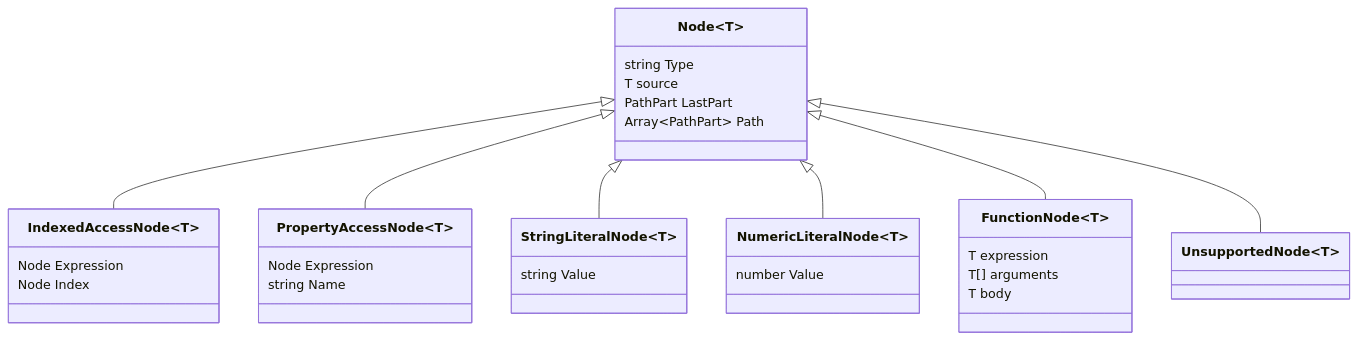
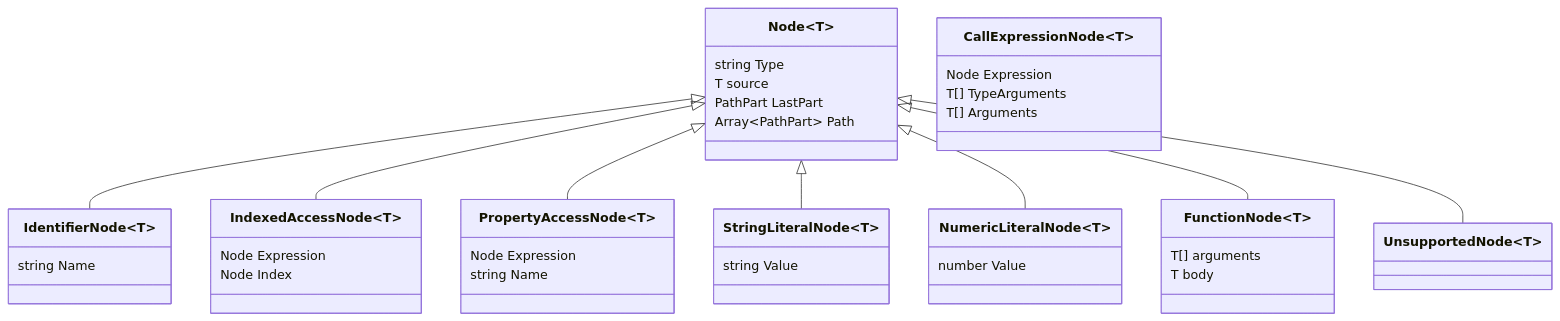
One commit to typescript-nameof/nameof changed the third of 4 diagrams in ClassDiagram.md. Above: the diagram before and after it, drawn with Mermaid.

Commit message:
Refactor the class diagram

````diff
--- a/ClassDiagram.md
+++ b/ClassDiagram.md
@@ -107,43 +107,53 @@
 ```mermaid
 classDiagram
     class Node~T~ {
         string Type
         T source
         PathPart LastPart
         Array~PathPart~ Path
+    }
+
+    class IdentifierNode~T~ {
+        string Name
+    }
+
+    class CallExpressionNode~T~ {
+        Node Expression
+        T[] TypeArguments
+        T[] Arguments
     }
 
     class PropertyAccessNode~T~ {
         Node Expression
         string Name
     }
 
     class IndexedAccessNode~T~ {
         Node Expression
         Node Index
     }
 
     class StringLiteralNode~T~ {
         string Value
     }
 
     class NumericLiteralNode~T~ {
         number Value
     }
 
     class FunctionNode~T~ {
-        T expression
         T[] arguments
         T body
     }
 
     class UnsupportedNode~T~ {
     }
 
+    Node <|-- IdentifierNode
     Node <|-- IndexedAccessNode
     Node <|-- PropertyAccessNode
     Node <|-- StringLiteralNode
     Node <|-- NumericLiteralNode
     Node <|-- FunctionNode
     Node <|-- UnsupportedNode
 ```
````
